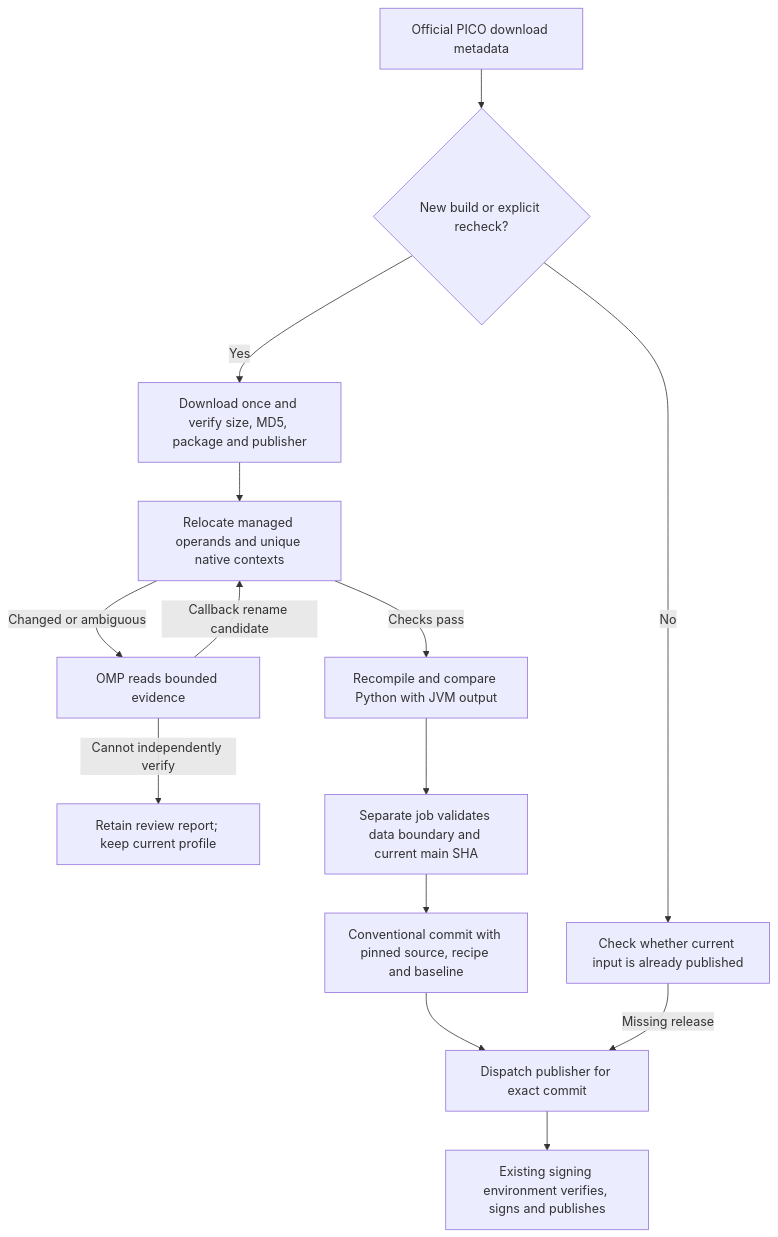
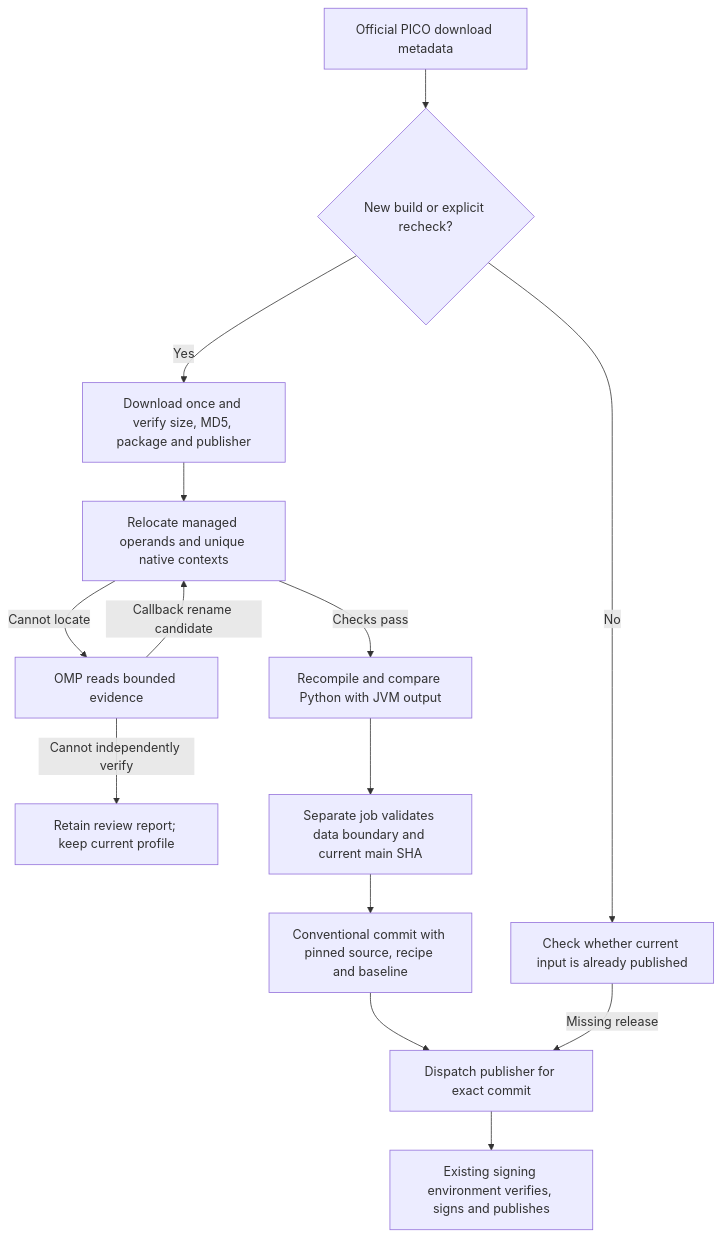
One commit to nkanf-dev/pico-matrix-bridge changed the diagram in docs/maintenance/vd-continuous-adaptation.md. Above: the diagram before and after it, drawn with Mermaid. The commit also changed other lines of this file and 9 other files, not shown here.

````diff
--- a/docs/maintenance/vd-continuous-adaptation.md
+++ b/docs/maintenance/vd-continuous-adaptation.md
@@ -7,16 +7,16 @@
 ```mermaid
 flowchart TD
   A[Official PICO download metadata] --> B{New build or explicit recheck?}
   B -- No --> C[Check whether current input is already published]
   B -- Yes --> D[Download once and verify size, MD5, package and publisher]
   D --> E[Relocate managed operands and unique native contexts]
   E -- Checks pass --> F[Recompile and compare Python with JVM output]
-  E -- Changed or ambiguous --> G[OMP reads bounded evidence]
+  E -- Cannot locate --> G[OMP reads bounded evidence]
   G -- Callback rename candidate --> E
   G -- Cannot independently verify --> H[Retain review report; keep current profile]
   F --> I[Separate job validates data boundary and current main SHA]
   I --> J[Conventional commit with pinned source, recipe and baseline]
   J --> K[Dispatch publisher for exact commit]
   C -- Missing release --> K
   K --> L[Existing signing environment verifies, signs and publishes]
 ```
````
